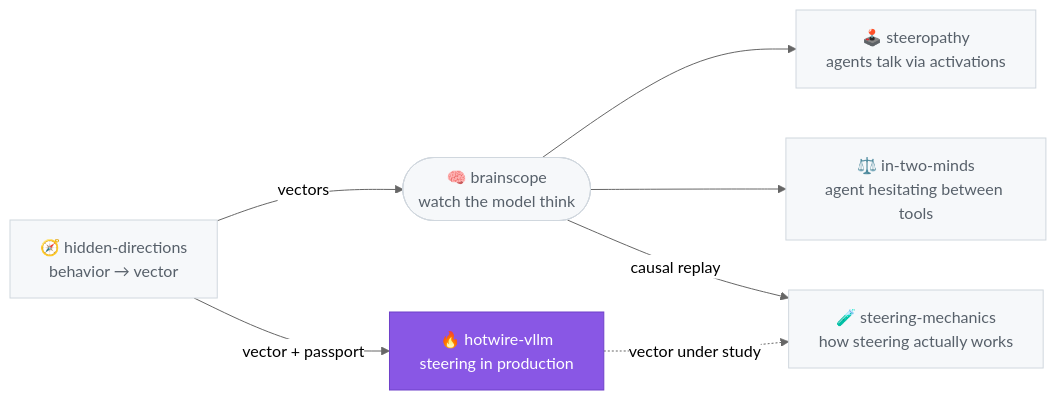
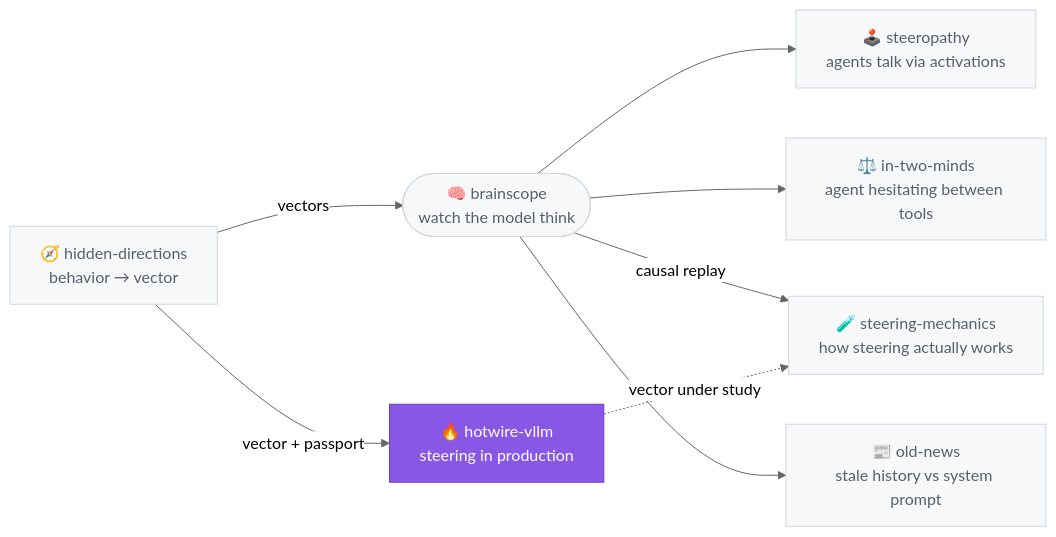
One commit to moudrkat/hotwire-vllm changed the diagram in README.md. Above: the diagram before and after it, drawn with Mermaid (neutral theme).

Commit message:
Add old-news to the lab map

````diff
--- a/README.md
+++ b/README.md
@@ -280,28 +280,31 @@
 ```mermaid
 flowchart LR
     hd["🧭 hidden-directions<br/>behavior → vector"]
     bs(["🧠 brainscope<br/>watch the model think"])
     hw["🔥 hotwire-vllm<br/>steering in production"]
     st["🕹️ steeropathy<br/>agents talk via activations"]
     tm["⚖️ in-two-minds<br/>agent hesitating between tools"]
     sm["🧪 steering-mechanics<br/>how steering actually works"]
+    on["📰 old-news<br/>stale history vs system prompt"]
 
     hd -->|vectors| bs
     hd -->|vector + passport| hw
     bs --> st
     bs --> tm
     bs -->|causal replay| sm
+    bs --> on
     hw -.->|vector under study| sm
 
     click hd "https://github.com/moudrkat/hidden-directions"
     click bs "https://github.com/moudrkat/brainscope"
     click hw "https://github.com/moudrkat/hotwire-vllm"
     click st "https://github.com/moudrkat/steeropathy"
     click tm "https://github.com/moudrkat/in-two-minds"
     click sm "https://github.com/moudrkat/steering-mechanics"
+    click on "https://github.com/moudrkat/old-news"
 
     classDef dim fill:#f6f8fa,stroke:#d0d7de,color:#57606a;
     classDef here fill:#8957e5,stroke:#6e40c9,color:#ffffff;
-    class hd,bs,hw,st,tm,sm dim;
+    class hd,bs,hw,st,tm,sm,on dim;
     class hw here;
 ```
````
